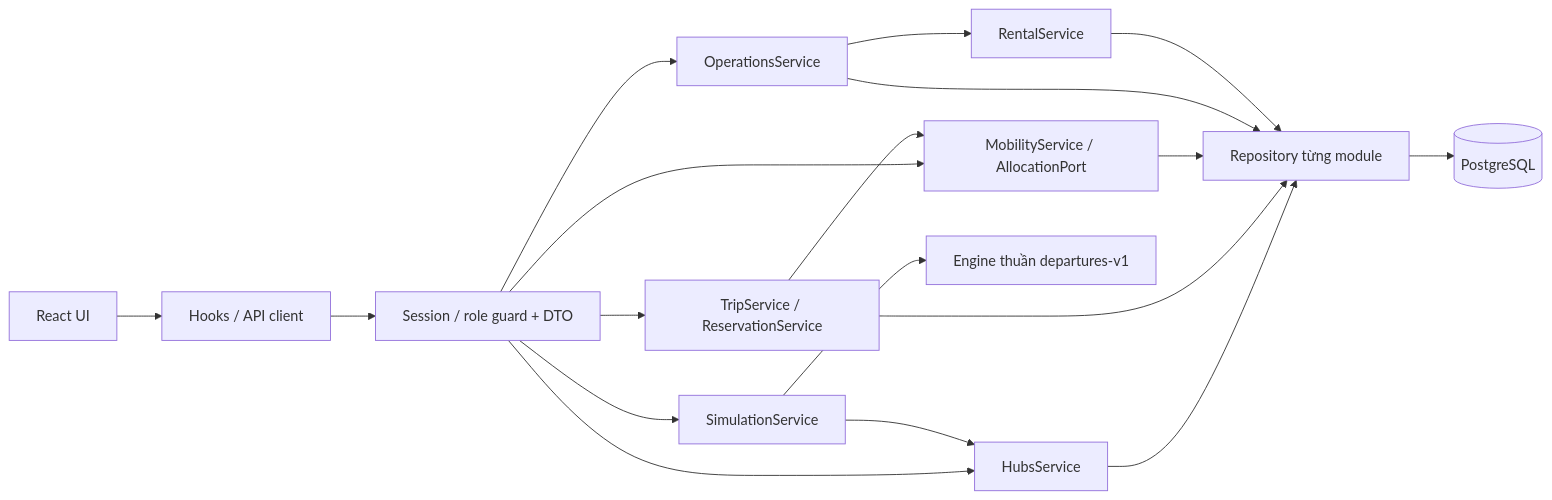
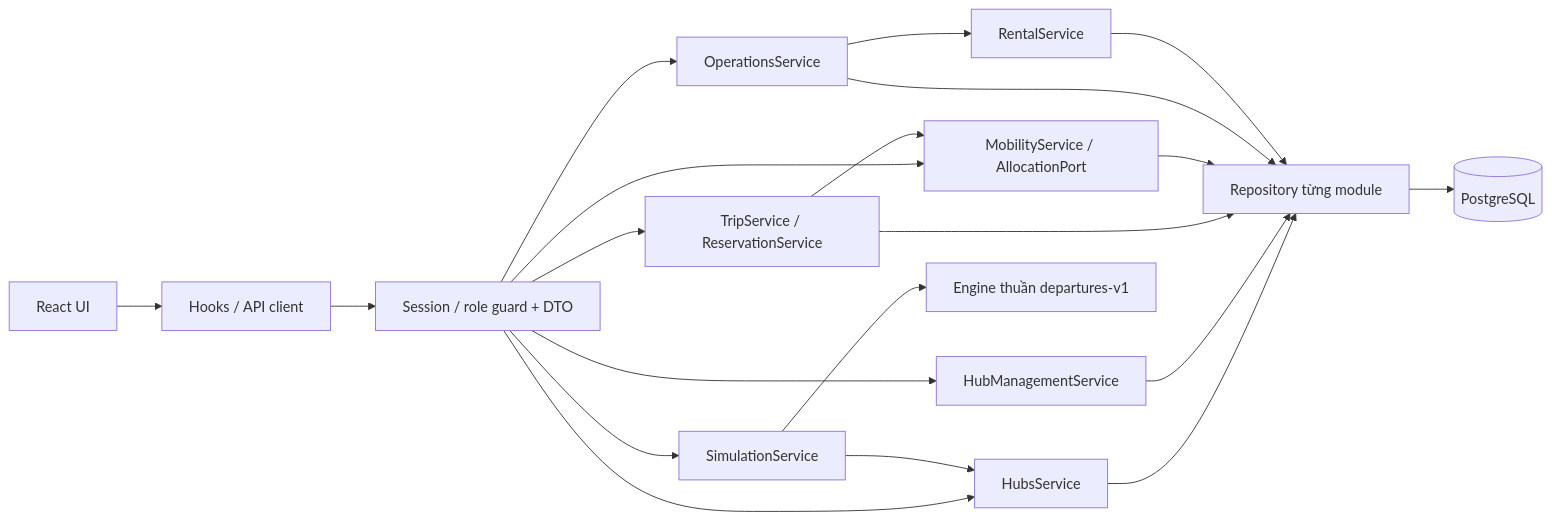
Diagram 11 of 12 in docs/architecture.md (tonnytran2511/BTL_CNPM), drawn with Mermaid before and after one commit. The commit also changed other lines of this file and 18 other files, not shown here.

````diff
--- a/docs/architecture.md
+++ b/docs/architecture.md
@@ -304,20 +304,22 @@
 ```mermaid
 flowchart LR
   UI[React UI] --> Hooks[Hooks / API client]
   Hooks --> Guard[Session / role guard + DTO]
   Guard --> Hubs[HubsService]
+  Guard --> HubManagement[HubManagementService]
   Guard --> Trip[TripService / ReservationService]
   Guard --> Mobility[MobilityService / AllocationPort]
   Guard --> Operations[OperationsService]
   Guard --> Simulation[SimulationService]
   Trip --> Mobility
   Operations --> Rental[RentalService]
   Simulation --> Hubs
   Simulation --> Engine[Engine thuần departures-v1]
   Hubs --> Repo[Repository từng module]
+  HubManagement --> Repo
   Trip --> Repo
   Mobility --> Repo
   Operations --> Repo
   Rental --> Repo
   Repo --> DB[(PostgreSQL)]
 ```
````
